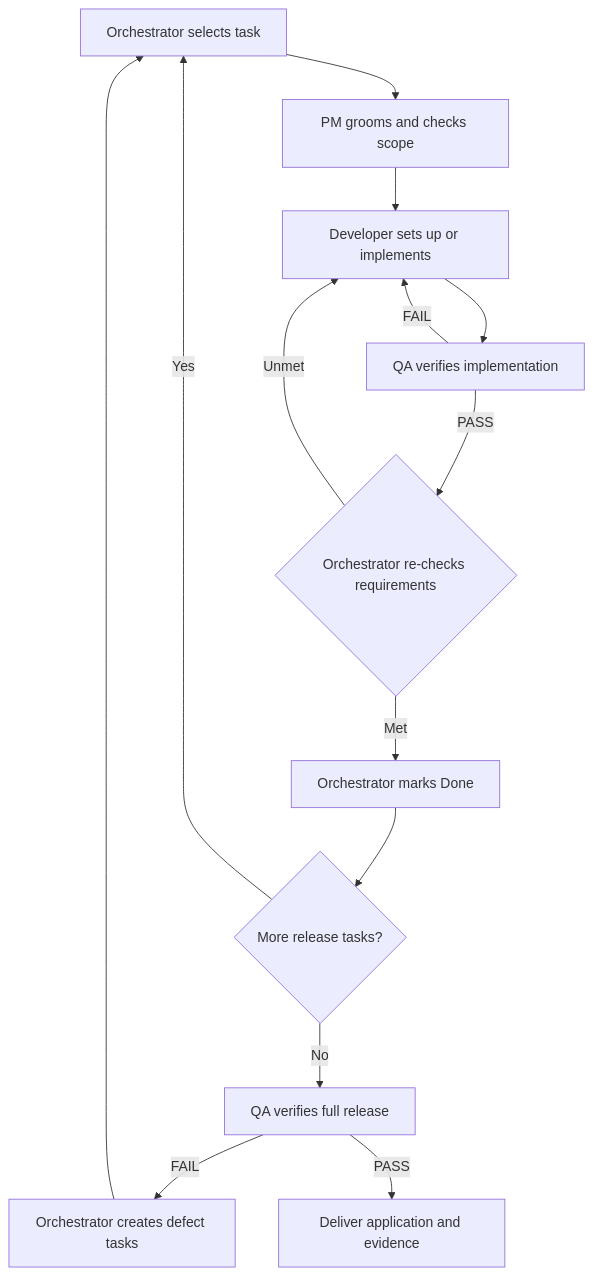
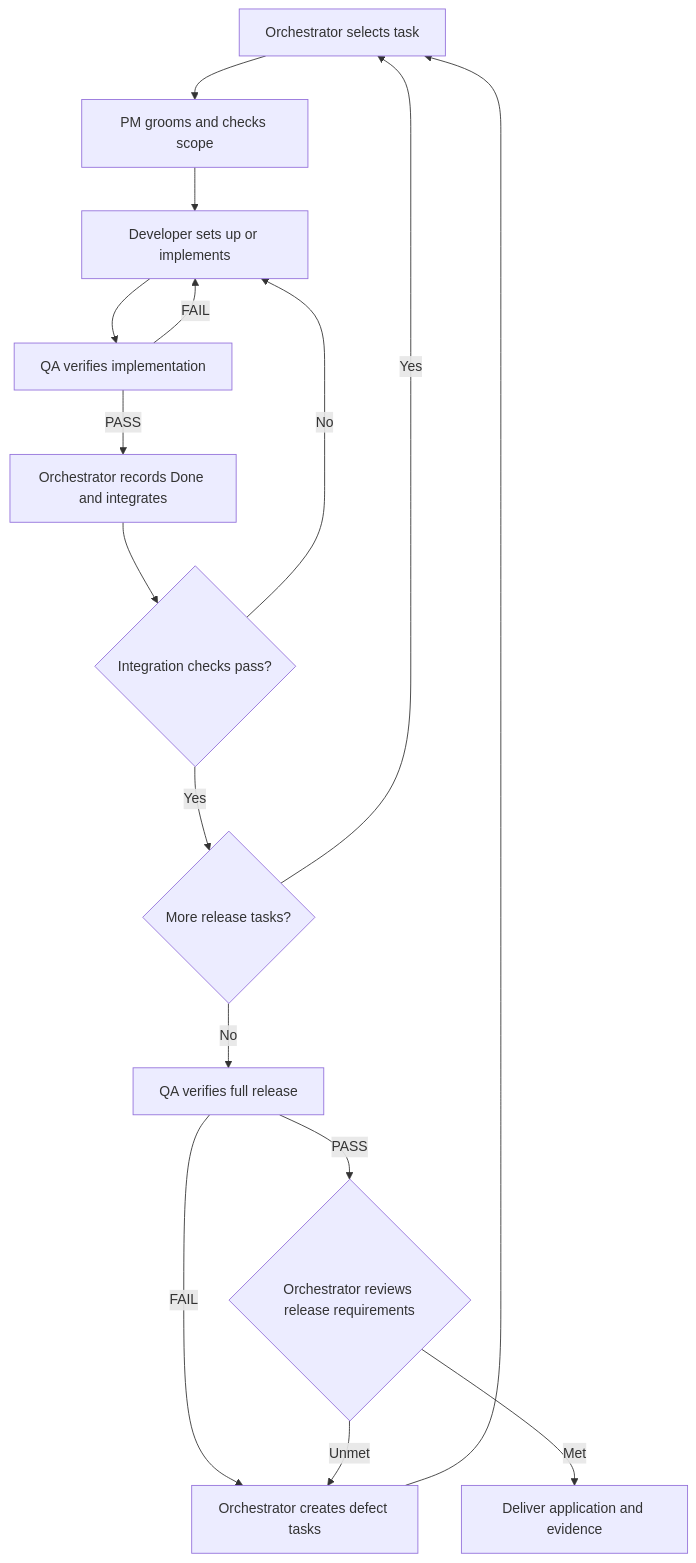
The diagram in README.md (Alex-Yu/done-together), drawn with Mermaid before and after one commit. The commit also changed other lines of this file and 15 other files, not shown here.

Commit message:
docs: reserve orchestrator requirements verification for release

````diff
--- a/README.md
+++ b/README.md
@@ -69,16 +69,18 @@
 ```mermaid
 flowchart TD
     O[Orchestrator selects task] --> P[PM grooms and checks scope]
     P --> D[Developer sets up or implements]
     D --> Q[QA verifies implementation]
     Q -->|FAIL| D
-    Q -->|PASS| V{Orchestrator re-checks requirements}
-    V -->|Unmet| D
-    V -->|Met| C[Orchestrator marks Done]
-    C --> N{More release tasks?}
+    Q -->|PASS| C[Orchestrator records Done and integrates]
+    C --> I{Integration checks pass?}
+    I -->|No| D
+    I -->|Yes| N{More release tasks?}
     N -->|Yes| O
     N -->|No| R[QA verifies full release]
     R -->|FAIL| F[Orchestrator creates defect tasks]
     F --> O
-    R -->|PASS| H[Deliver application and evidence]
+    R -->|PASS| V{Orchestrator reviews release requirements}
+    V -->|Unmet| F
+    V -->|Met| H[Deliver application and evidence]
 ```
````
